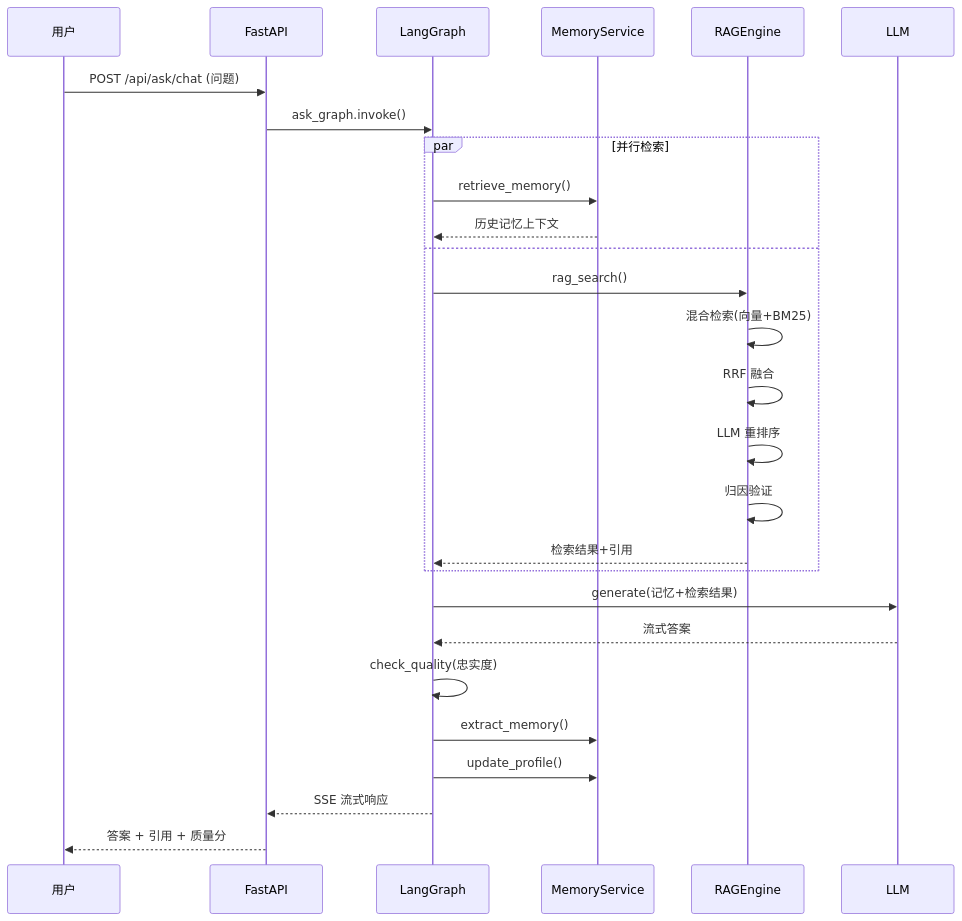
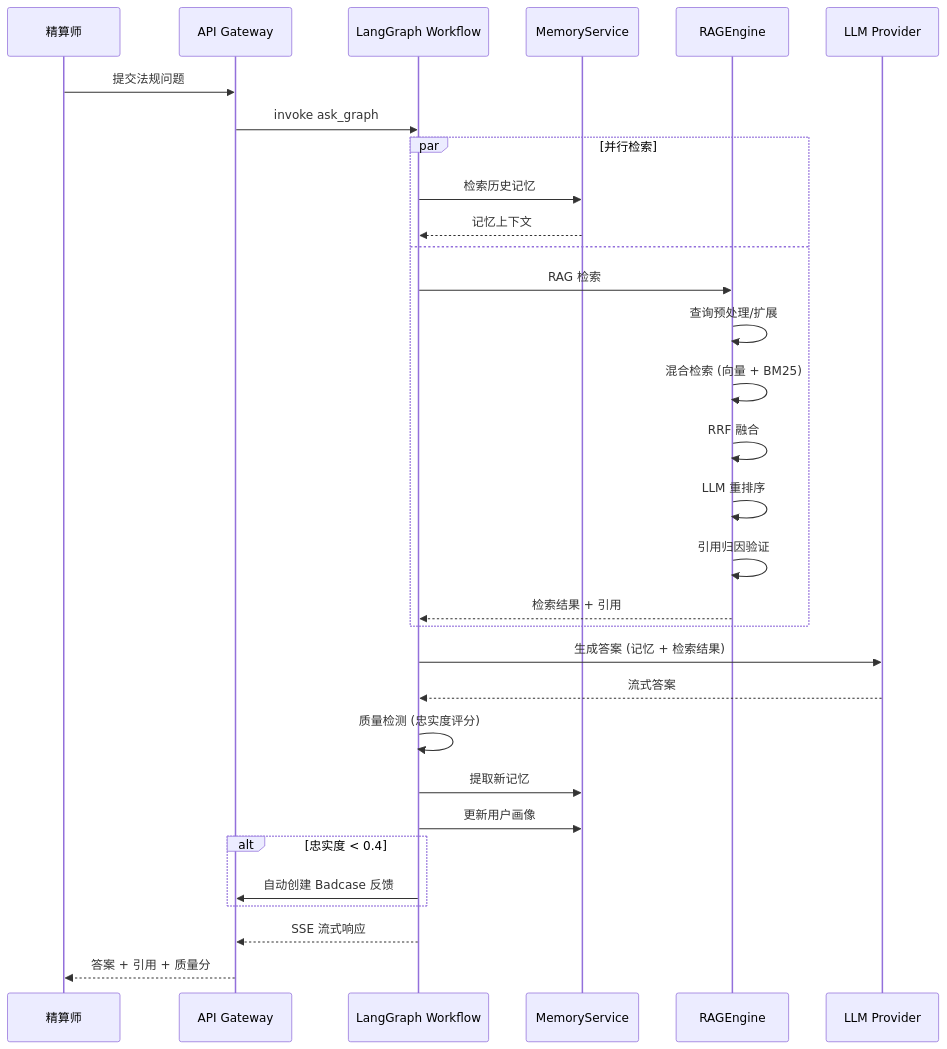
The third of 14 diagrams in specs/architecture/architecture-4a.md (bleakplain/actuary-sleuth), drawn with Mermaid before and after one commit. The commit also changed other lines of this file, not shown here.

````diff
--- a/specs/architecture/architecture-4a.md
+++ b/specs/architecture/architecture-4a.md
@@ -78,30 +131,38 @@
 ```mermaid
 sequenceDiagram
-    participant U as 用户
-    participant API as FastAPI
-    participant G as LangGraph
+    participant U as 精算师
+    participant API as API Gateway
+    participant G as LangGraph Workflow
     participant M as MemoryService
     participant R as RAGEngine
-    participant L as LLM
+    participant L as LLM Provider
 
-    U->>API: POST /api/ask/chat (问题)
-    API->>G: ask_graph.invoke()
+    U->>API: 提交法规问题
+    API->>G: invoke ask_graph
+
     par 并行检索
-        G->>M: retrieve_memory()
-        M-->>G: 历史记忆上下文
+        G->>M: 检索历史记忆
+        M-->>G: 记忆上下文
     and
-        G->>R: rag_search()
-        R->>R: 混合检索(向量+BM25)
+        G->>R: RAG 检索
+        R->>R: 查询预处理/扩展
+        R->>R: 混合检索 (向量 + BM25)
         R->>R: RRF 融合
         R->>R: LLM 重排序
-        R->>R: 归因验证
-        R-->>G: 检索结果+引用
+        R->>R: 引用归因验证
+        R-->>G: 检索结果 + 引用
     end
-    G->>L: generate(记忆+检索结果)
+
+    G->>L: 生成答案 (记忆 + 检索结果)
     L-->>G: 流式答案
-    G->>G: check_quality(忠实度)
-    G->>M: extract_memory()
-    G->>M: update_profile()
+    G->>G: 质量检测 (忠实度评分)
+    G->>M: 提取新记忆
+    G->>M: 更新用户画像
+
+    alt 忠实度 < 0.4
+        G->>API: 自动创建 Badcase 反馈
+    end
+
     G-->>API: SSE 流式响应
     API-->>U: 答案 + 引用 + 质量分
 ```
````
